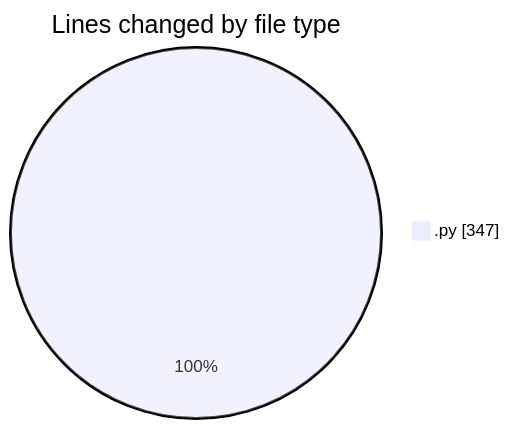
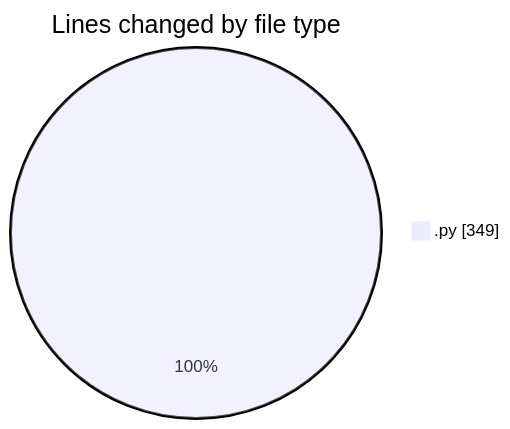
Before and after one commit to MatusMokan/code-tracking: the first of 2 diagrams in 2025-01-12/myws__workspace_/README.md, drawn with Mermaid. The commit also changed other lines of this file and 1 other file, not shown here.

````diff
--- a/2025-01-12/myws__workspace_/README.md
+++ b/2025-01-12/myws__workspace_/README.md
@@ -21,5 +21,5 @@
 ```mermaid
 pie showData
 title Lines changed by file type
-".py" : 347
+".py" : 349
 ```
````
